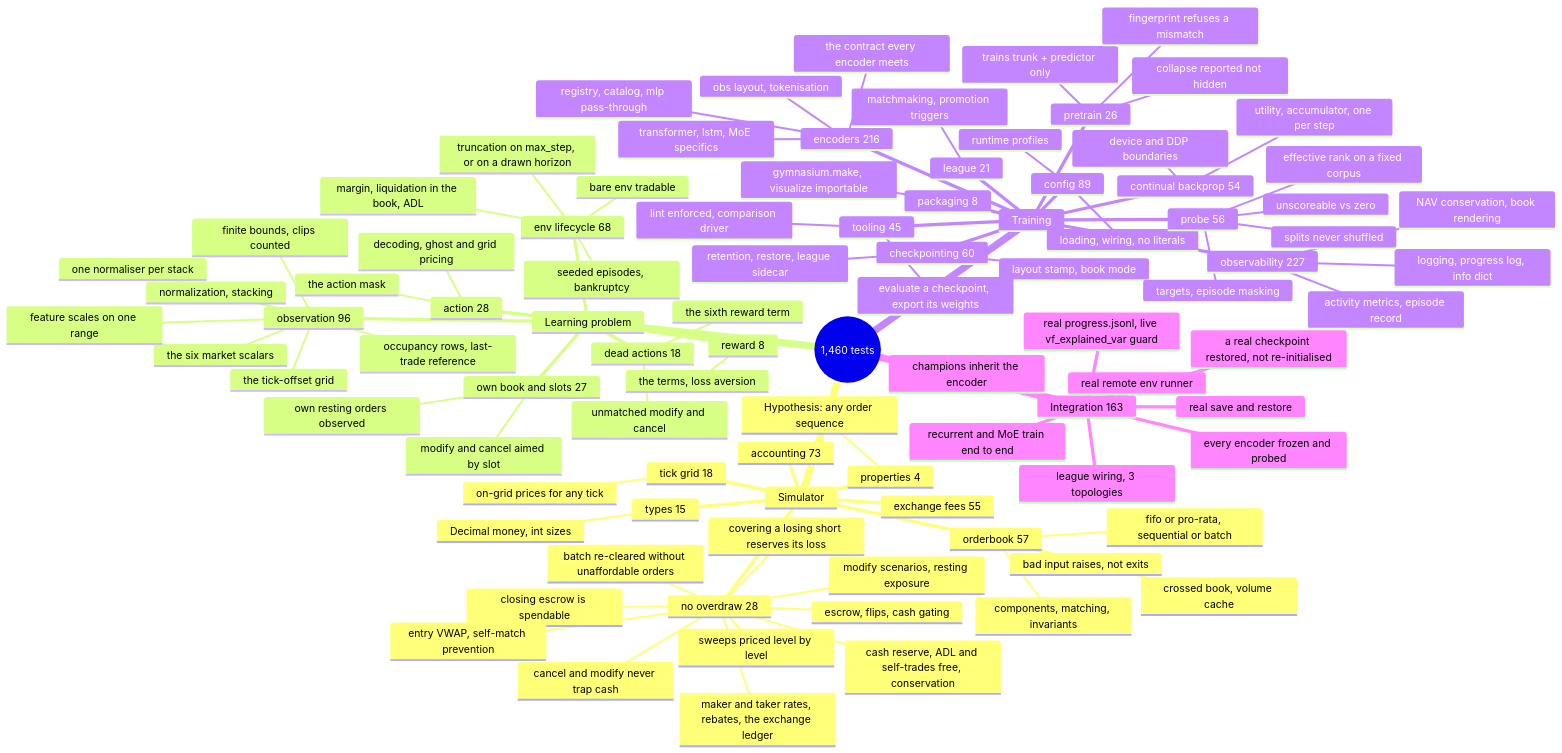
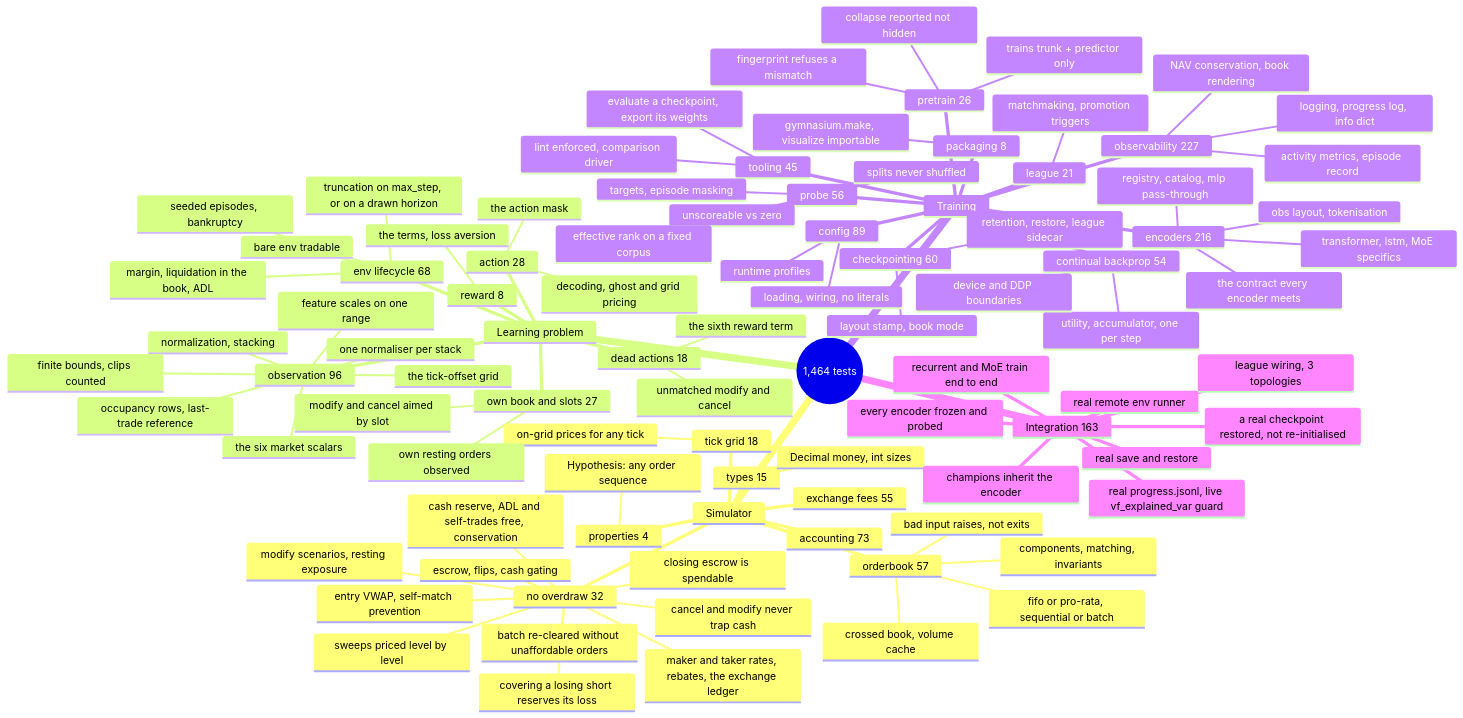
One commit to ChuaCheowHuan/gym-continuousDoubleAuction changed the diagram in doc/10_testing.md. Above: the diagram before and after it, drawn with Mermaid. The commit also changed other lines of this file and 7 other files, not shown here.

````diff
--- a/doc/10_testing.md
+++ b/doc/10_testing.md
@@ -144,6 +144,6 @@
 ```mermaid
 mindmap
-  root((1,460 tests))
+  root((1,464 tests))
     Simulator
       orderbook 57
         components, matching, invariants
@@ -154,7 +154,7 @@
         Hypothesis: any order sequence
       accounting 73
       exchange fees 55
-      no overdraw 28
+      no overdraw 32
         covering a losing short reserves its loss
         sweeps priced level by level
         batch re-cleared without unaffordable orders
````
